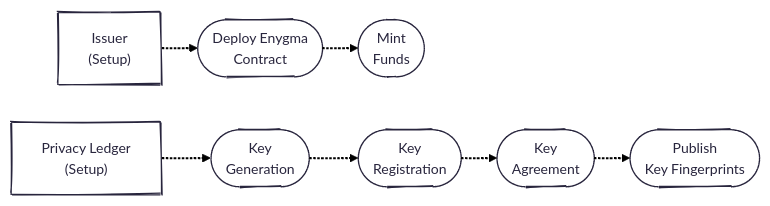
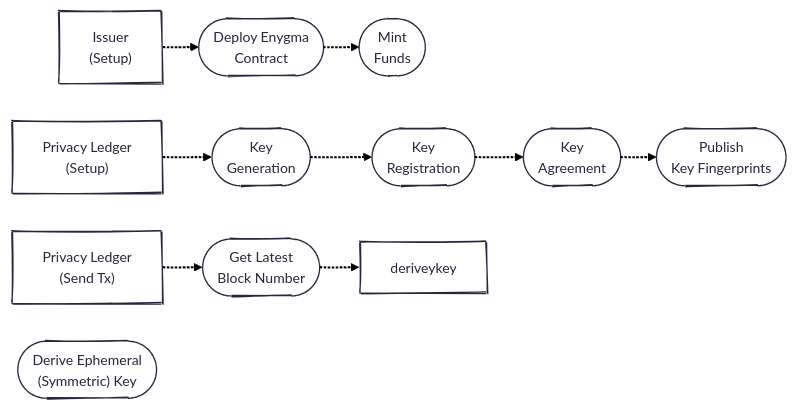
The diagram in enygma_payments/protocol_description.md (raylsnetwork/Enygma), drawn with Mermaid before and after one commit.

````diff
--- a/enygma_payments/protocol_description.md
+++ b/enygma_payments/protocol_description.md
@@ -3,21 +3,27 @@
 ```mermaid
 ---
 config:
   theme: redux
   layout: elk
   look: handDrawn
 ---
 flowchart LR
     i_setup["Issuer<br>(Setup)"]
     deploy(["Deploy Enygma<br>Contract"])
     mint(["Mint<br>Funds"])
 
     pl_setup["Privacy Ledger<br>(Setup)"]
     keygen(["Key<br>Generation"])
     register(["Key<br>Registration"])
     kem(["Key<br>Agreement"])
     publish(["Publish<br>Key Fingerprints"])
 
+    pl_send["Privacy Ledger<br>(Send Tx)"]
+    getblock(["Get Latest<br>Block Number"])
+    derivekey(["Derive Ephemeral<br>(Symmetric) Key"])
+
     i_setup -.-> deploy -.-> mint
     pl_setup -.-> keygen -.-> register -.-> kem -.-> publish
+
+    pl_send -.-> getblock -.-> deriveykey
 ```
````
